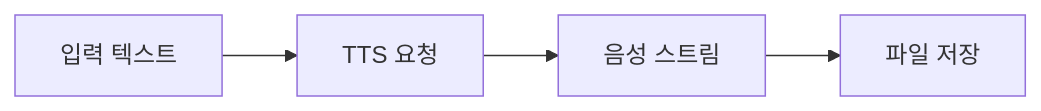
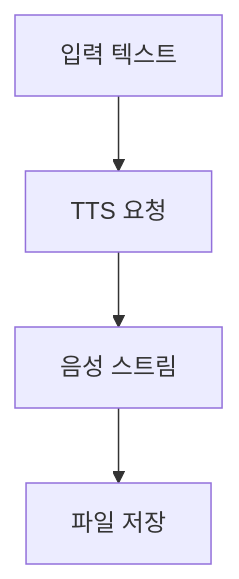
The diagram in ComputerScience/03_ai-ml-data/large-language-models/notes/104. 오디오·모더레이션·추론 모델 API.md (umyunsang/edu), drawn with Mermaid before and after one commit. The commit also changed other lines of this file and 7 other files, not shown here.

````diff
--- a/ComputerScience/03_ai-ml-data/large-language-models/notes/104. 오디오·모더레이션·추론 모델 API.md
+++ b/ComputerScience/03_ai-ml-data/large-language-models/notes/104. 오디오·모더레이션·추론 모델 API.md
@@ -64,6 +64,6 @@
 ```mermaid
-flowchart LR
+flowchart TB
     A[입력 텍스트] --> B[TTS 요청]
     B --> C[음성 스트림]
     C --> D[파일 저장]
 ```
````
